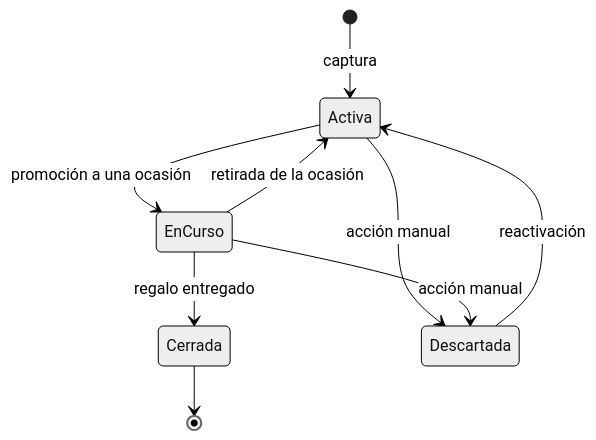
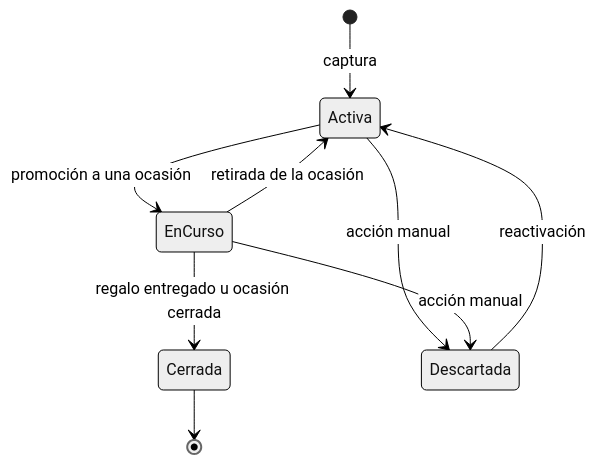
Before and after one commit to oscarini-garcia/garciadoral-ops: the second of 7 diagrams in specs/modelo-datos.md, drawn with Mermaid (neutral theme). The commit also changed other lines of this file and 13 other files, not shown here.

````diff
--- a/specs/modelo-datos.md
+++ b/specs/modelo-datos.md
@@ -193,11 +193,11 @@
 ```mermaid
 stateDiagram-v2
     [*] --> Activa: captura
     Activa --> EnCurso: promoción a una ocasión
     EnCurso --> Activa: retirada de la ocasión
-    EnCurso --> Cerrada: regalo entregado
+    EnCurso --> Cerrada: regalo entregado u ocasión cerrada
     Activa --> Descartada: acción manual
     EnCurso --> Descartada: acción manual
     Descartada --> Activa: reactivación
     Cerrada --> [*]
 ```
````
